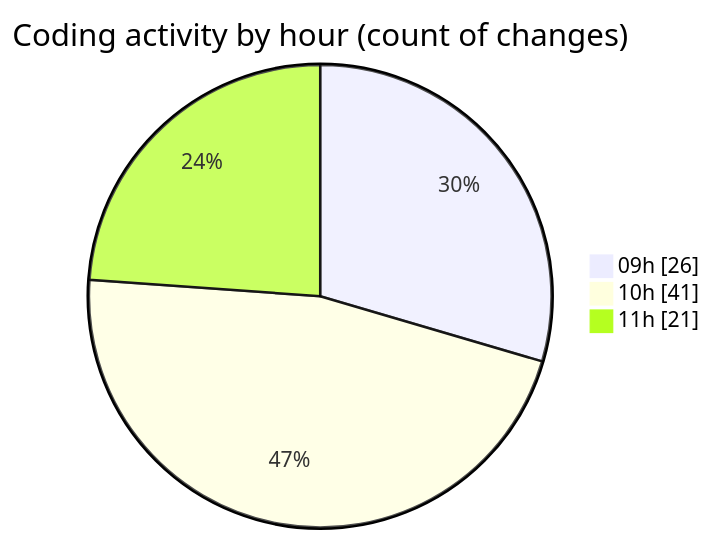
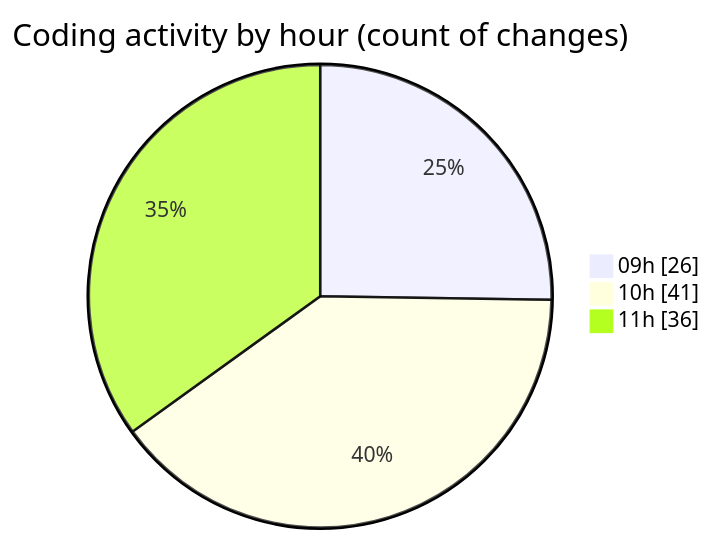
One commit to momahboobian/code-tracking changed the second of 2 diagrams in 2026-05-12/cda/README.md. Above: the diagram before and after it, drawn with Mermaid. The commit also changed other lines of this file and 1 other file, not shown here.

````diff
--- a/2026-05-12/cda/README.md
+++ b/2026-05-12/cda/README.md
@@ -50,7 +51,7 @@
 ```mermaid
 pie showData
 title Coding activity by hour (count of changes)
 "09h" : 26
 "10h" : 41
-"11h" : 21
+"11h" : 36
 ```
````
